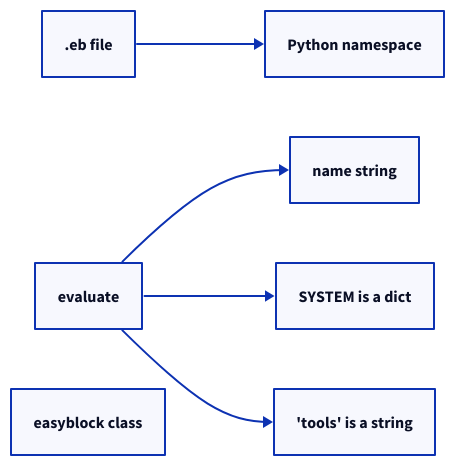
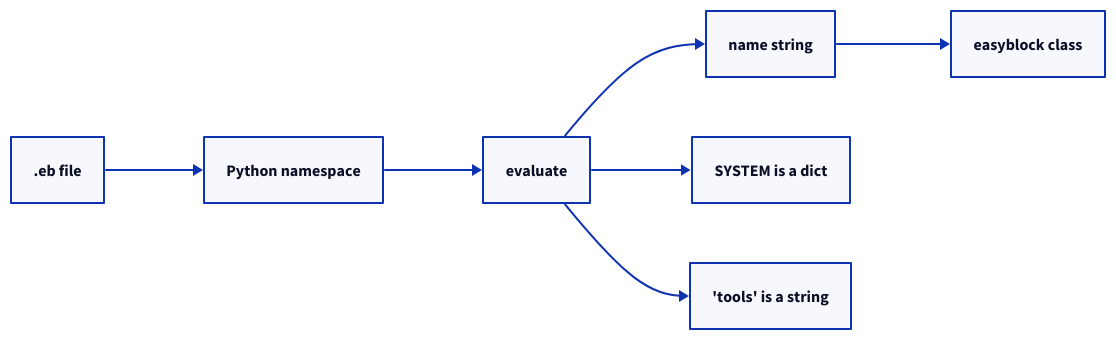
One commit to HaoZeke/what-easybuild-is-doing changed the diagram in source/_static/diagrams/01-an-easyconfig-is-python-2.d2. Above: the diagram before and after it, drawn with D2. The commit also changed 8 other files, not shown here.

```diff
--- a/source/_static/diagrams/01-an-easyconfig-is-python-2.d2
+++ b/source/_static/diagrams/01-an-easyconfig-is-python-2.d2
@@ -1,12 +1,12 @@
 direction: right
 n0: ".eb file"
 n1: "Python namespace"
 n2: "evaluate"
 n3: "name string"
 n4: "easyblock class"
 n5: "SYSTEM is a dict"
 n6: "'tools' is a string"
-n0 -> n1
-n2 -> n3
+n0 -> n1 -> n2
+n2 -> n3 -> n4
 n2 -> n5
 n2 -> n6
```
